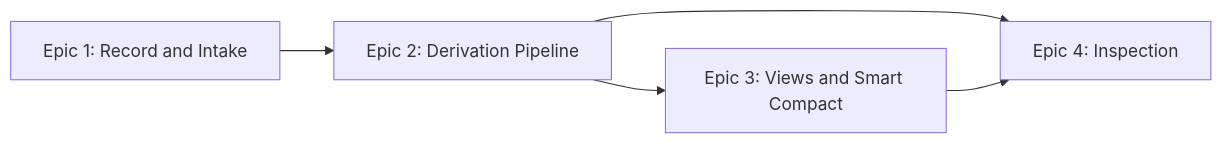
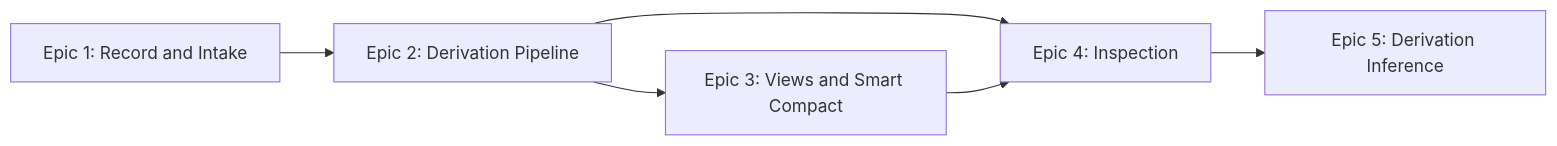
Before and after one commit to liminal-ai/long-horizon-context: the diagram in docs/specs/01-lhc-sdk/00-prd.md, drawn with Mermaid. The commit also changed other lines of this file and 271 other files, not shown here.

````diff
--- a/docs/specs/01-lhc-sdk/00-prd.md
+++ b/docs/specs/01-lhc-sdk/00-prd.md
@@ -194,7 +220,8 @@
 ```mermaid
 flowchart LR
   E1[Epic 1: Record and Intake] --> E2[Epic 2: Derivation Pipeline]
   E2 --> E3[Epic 3: Views and Smart Compact]
   E2 --> E4[Epic 4: Inspection]
   E3 --> E4
+  E4 --> E5[Epic 5: Derivation Inference]
 ```
````
